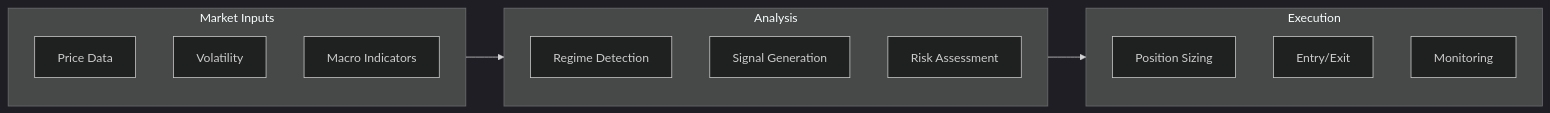
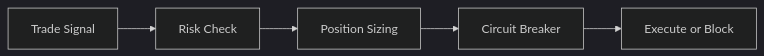
One commit to blackholefund/external_docs changed the second of 2 diagrams in docs/EXECUTIVE_SUMMARY.md. Above: the diagram before and after it, drawn with Mermaid (dark theme). The commit also changed other lines of this file and 3 other files, not shown here.

````diff
--- a/docs/EXECUTIVE_SUMMARY.md
+++ b/docs/EXECUTIVE_SUMMARY.md
@@ -27,22 +69,7 @@
 ```mermaid
 flowchart LR
-    subgraph Inputs["Market Inputs"]
-        Price["Price Data"]
-        Vol["Volatility"]
-        Macro["Macro Indicators"]
-    end
-
-    subgraph Analysis["Analysis"]
-        Regime["Regime Detection"]
-        Signal["Signal Generation"]
-        Risk["Risk Assessment"]
-    end
-
-    subgraph Execution["Execution"]
-        Size["Position Sizing"]
-        Entry["Entry/Exit"]
-        Monitor["Monitoring"]
-    end
-
-    Inputs --> Analysis --> Execution
+    Trade["Trade Signal"] --> Risk["Risk Check"]
+    Risk --> Size["Position Sizing"]
+    Size --> Guardian["Circuit Breaker"]
+    Guardian --> Execute["Execute or Block"]
 ```
````
